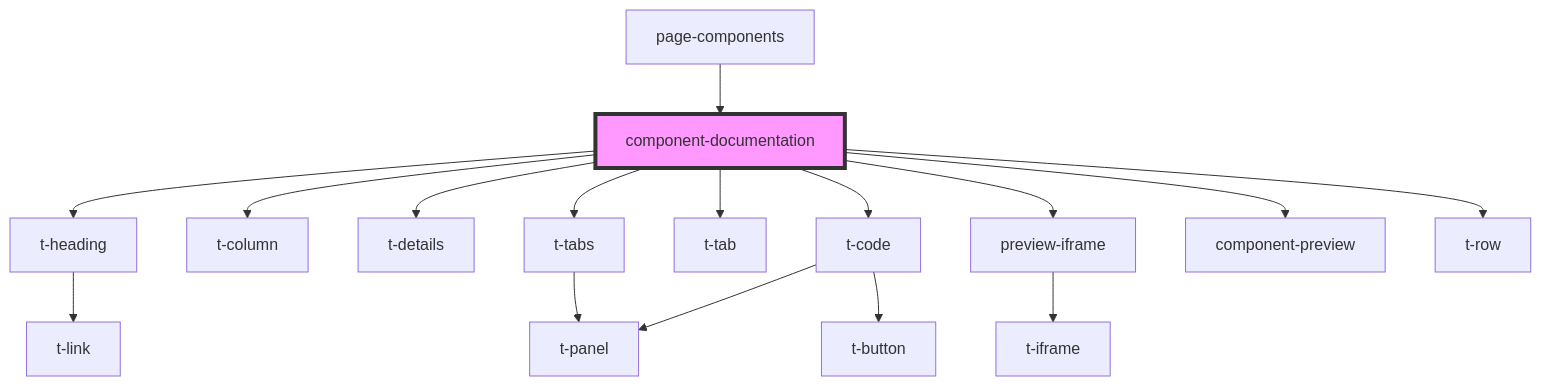
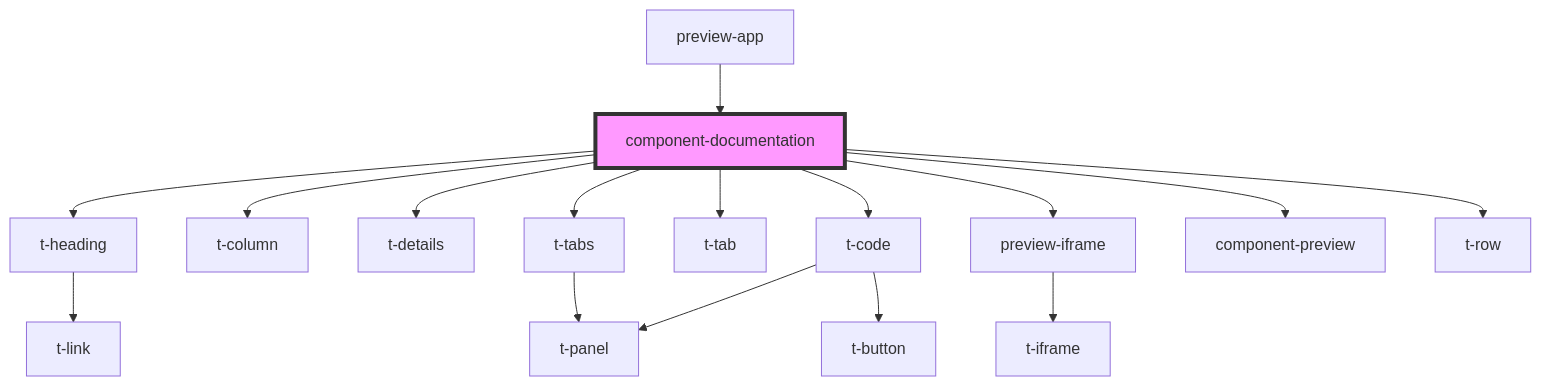
Before and after one commit to TomasEng/web-components: the diagram in packages/t-web-components/src/preview-app/component-documentation/readme.md, drawn with Mermaid. The commit also changed other lines of this file and 37 other files, not shown here.

````diff
--- a/packages/t-web-components/src/preview-app/component-documentation/readme.md
+++ b/packages/t-web-components/src/preview-app/component-documentation/readme.md
@@ -36,19 +36,19 @@
 ```mermaid
 graph TD;
   component-documentation --> t-heading
   component-documentation --> t-column
   component-documentation --> t-details
   component-documentation --> t-tabs
   component-documentation --> t-tab
   component-documentation --> t-code
   component-documentation --> preview-iframe
   component-documentation --> component-preview
   component-documentation --> t-row
   t-heading --> t-link
   t-tabs --> t-panel
   t-code --> t-panel
   t-code --> t-button
   preview-iframe --> t-iframe
-  page-components --> component-documentation
+  preview-app --> component-documentation
   style component-documentation fill:#f9f,stroke:#333,stroke-width:4px
 ```
````
